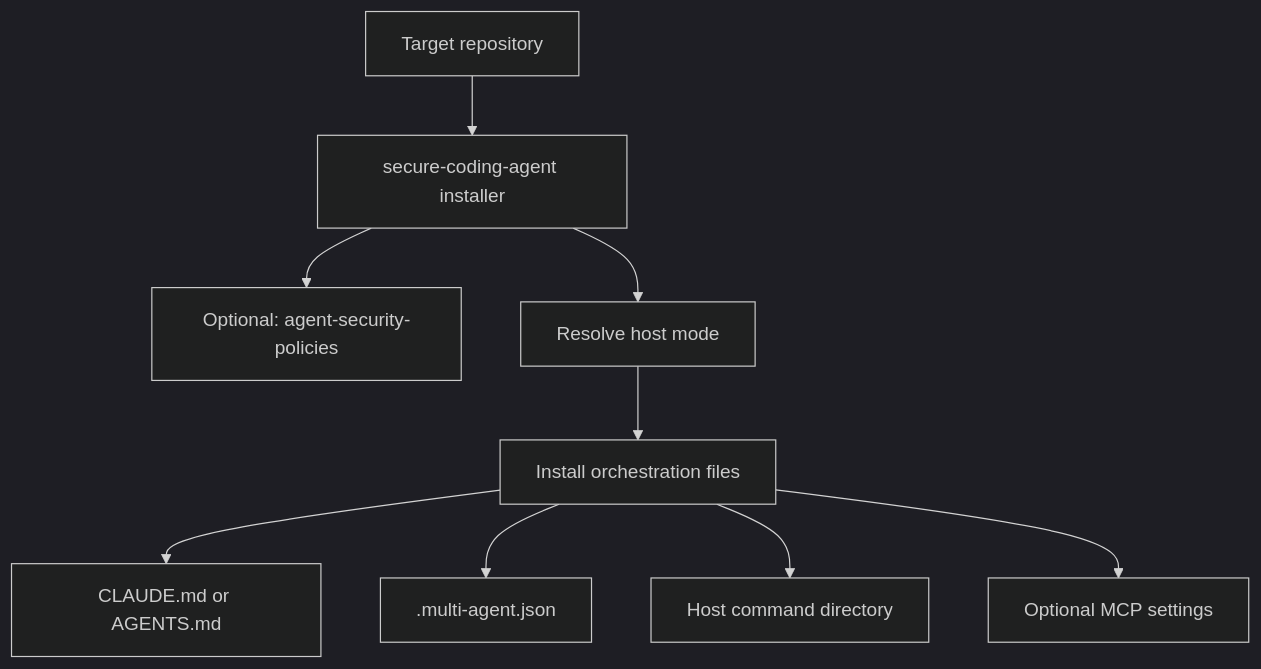
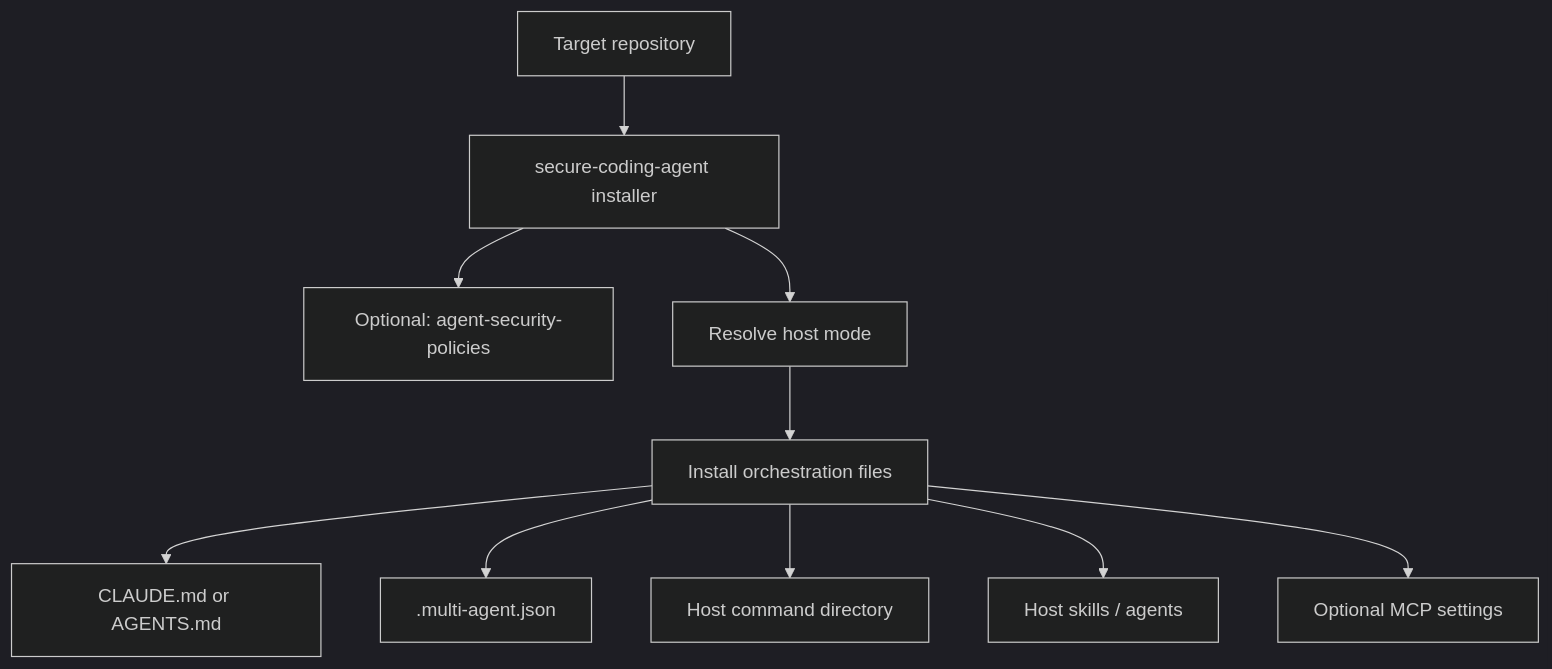
The first of 2 diagrams in docs/architecture.md (raomaster/secure-coding-agent), drawn with Mermaid (dark theme) before and after one commit. The commit also changed other lines of this file and 36 other files, not shown here.

Commit message:
Add host-specific bundles and OmO custom agents

````diff
--- a/docs/architecture.md
+++ b/docs/architecture.md
@@ -115,11 +124,12 @@
 ```mermaid
 flowchart TD
     A["Target repository"] --> B["secure-coding-agent installer"]
     B --> C["Optional: agent-security-policies"]
     B --> D["Resolve host mode"]
     D --> E["Install orchestration files"]
     E --> F["CLAUDE.md or AGENTS.md"]
     E --> G[".multi-agent.json"]
     E --> H["Host command directory"]
-    E --> I["Optional MCP settings"]
+    E --> I["Host skills / agents"]
+    E --> J["Optional MCP settings"]
 ```
````
